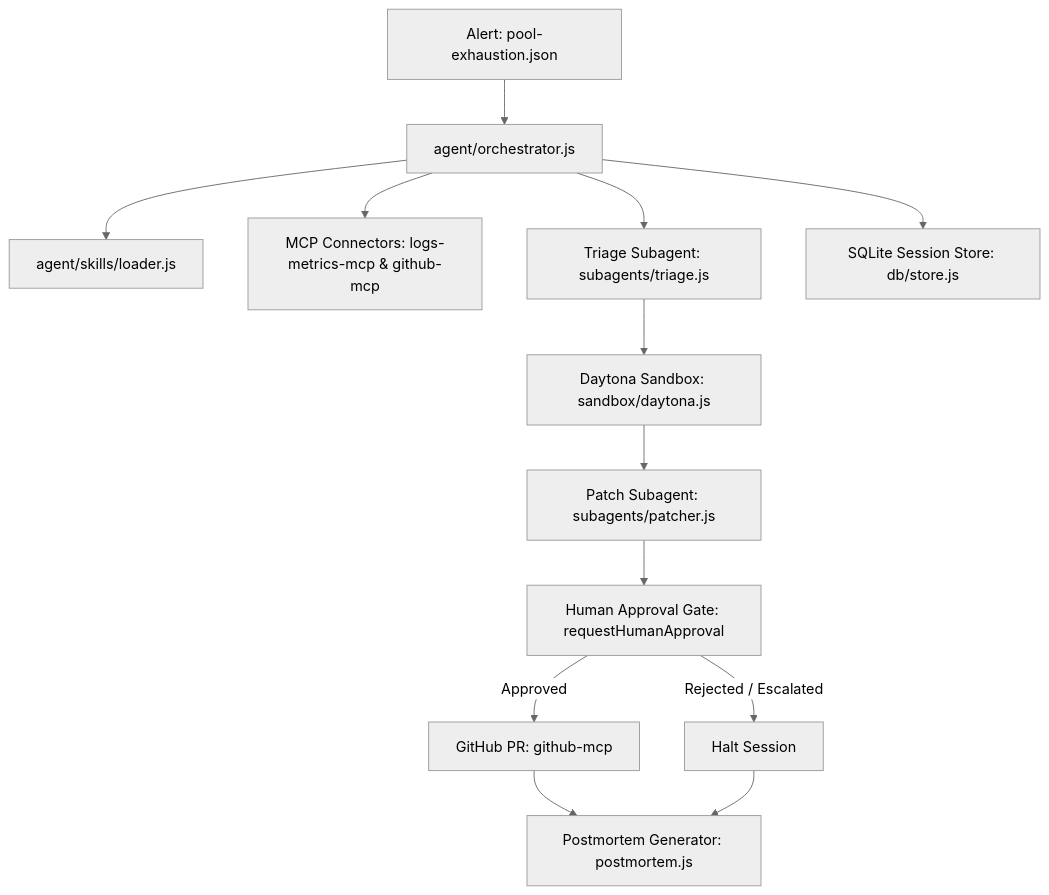
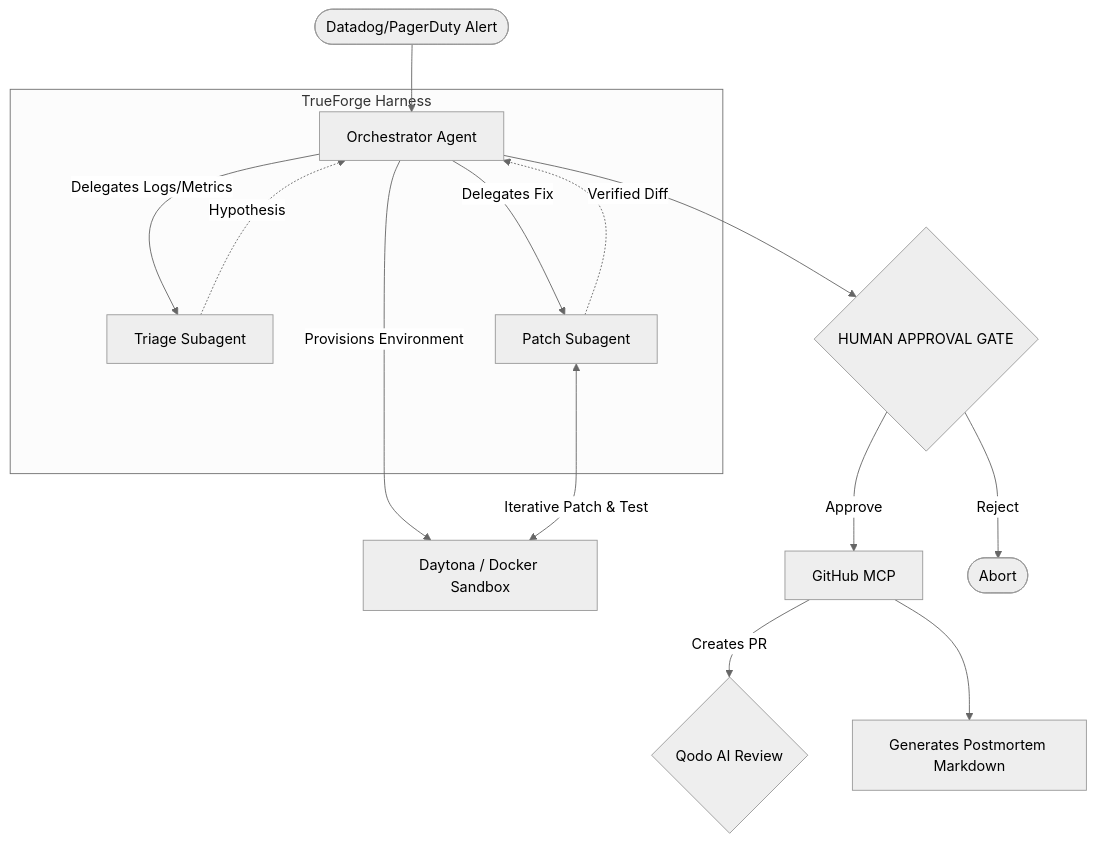
One commit to JeevanBennur1234/incidentpilot changed the diagram in README.md. Above: the diagram before and after it, drawn with Mermaid (neutral theme). The commit also changed other lines of this file and 23 other files, not shown here.

Commit message:
docs: finalize README with TrueForge architecture and Qodo proof

````diff
--- a/README.md
+++ b/README.md
@@ -10,15 +24,26 @@
 ```mermaid
-flowchart TD
-    Alert[Alert: pool-exhaustion.json] --> Orchestrator[agent/orchestrator.js]
-    Orchestrator --> LoadSkills[agent/skills/loader.js]
-    Orchestrator --> MCPConnectors[MCP Connectors: logs-metrics-mcp & github-mcp]
-    Orchestrator --> TriageSubagent[Triage Subagent: subagents/triage.js]
-    TriageSubagent --> Sandbox[Daytona Sandbox: sandbox/daytona.js]
-    Sandbox --> PatchSubagent[Patch Subagent: subagents/patcher.js]
-    PatchSubagent --> HITL[Human Approval Gate: requestHumanApproval]
-    HITL -->|Approved| GithubPR[GitHub PR: github-mcp]
-    HITL -->|Rejected / Escalated| Halt[Halt Session]
-    Orchestrator --> SQLiteStore[SQLite Session Store: db/store.js]
-    GithubPR --> Postmortem[Postmortem Generator: postmortem.js]
-    Halt --> Postmortem
+graph TD
+    Alert([Datadog/PagerDuty Alert]) --> Orchestrator
+    
+    subgraph TrueForge Harness
+        Orchestrator[Orchestrator Agent]
+        Triage[Triage Subagent]
+        Patcher[Patch Subagent]
+    end
+    
+    Orchestrator -->|Delegates Logs/Metrics| Triage
+    Triage -.->|Hypothesis| Orchestrator
+    
+    Orchestrator -->|Provisions Environment| Sandbox[Daytona / Docker Sandbox]
+    
+    Orchestrator -->|Delegates Fix| Patcher
+    Patcher <-->|Iterative Patch & Test| Sandbox
+    Patcher -.->|Verified Diff| Orchestrator
+    
+    Orchestrator --> Human{HUMAN APPROVAL GATE}
+    Human -->|Approve| GitHub[GitHub MCP]
+    Human -->|Reject| End([Abort])
+    
+    GitHub -->|Creates PR| Qodo{Qodo AI Review}
+    GitHub --> Postmortem[Generates Postmortem Markdown]
 ```
````
